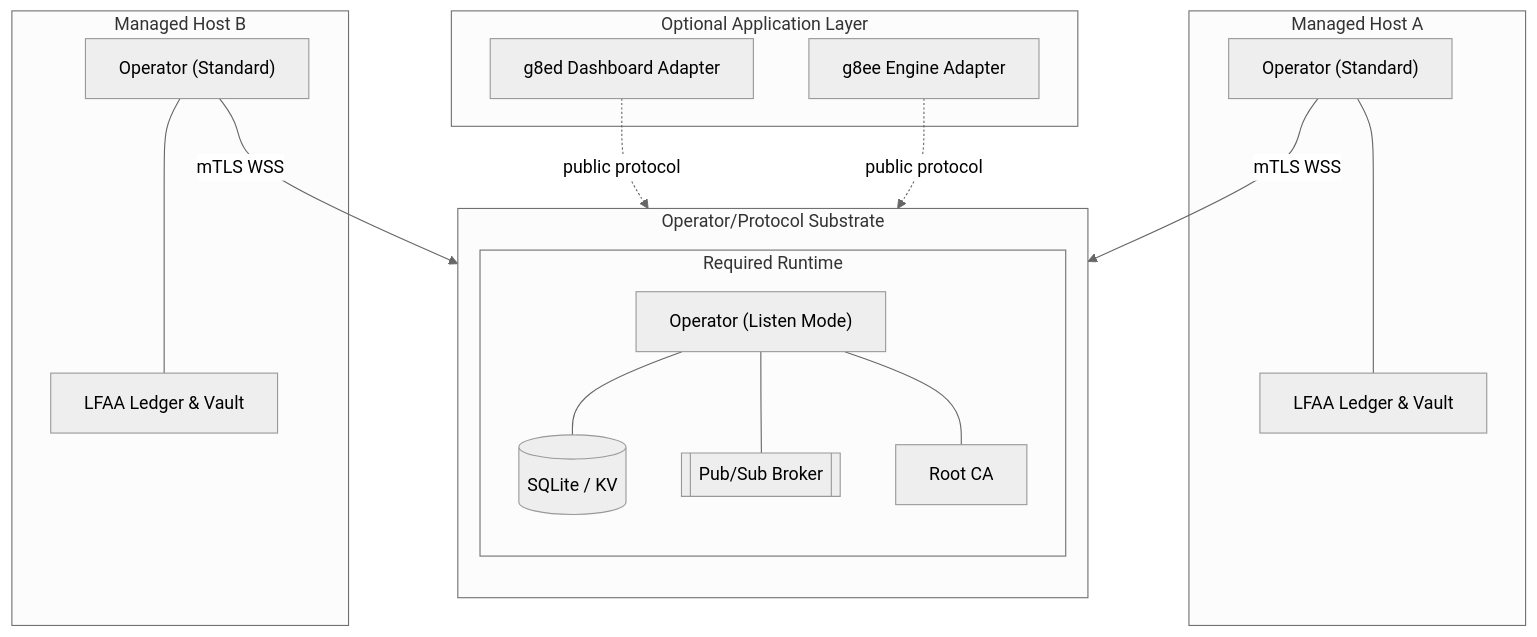
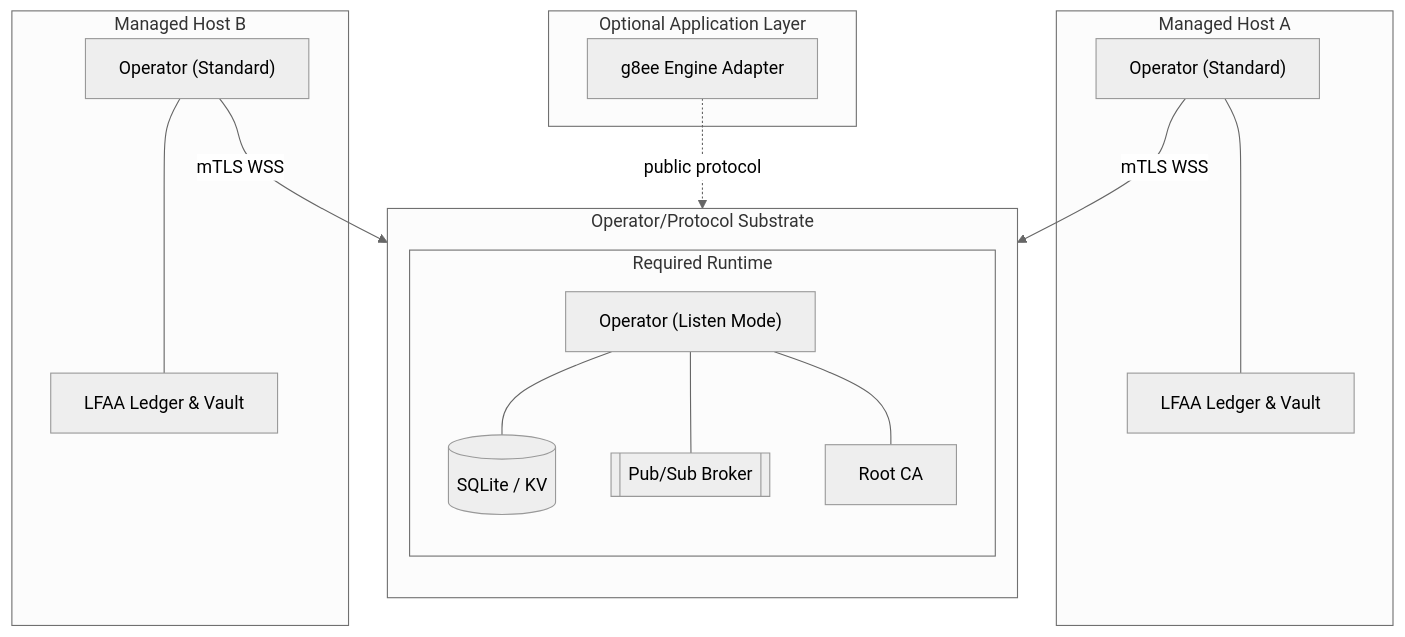
The diagram in docs/architecture/operator.md (g8e-ai/g8e), drawn with Mermaid (neutral theme) before and after one commit. The commit also changed other lines of this file and 1 other file, not shown here.

Commit message:
Remove g8ed references from operator.md and g8eo.md substrate documentation

````diff
--- a/docs/architecture/operator.md
+++ b/docs/architecture/operator.md
@@ -28,35 +28,33 @@
 ```mermaid
 flowchart TD
     subgraph Hub ["Operator/Protocol Substrate"]
         direction TB
         subgraph Persistence ["Required Runtime"]
             listen["Operator (Listen Mode)"]
             db[("SQLite / KV")]
             ps[["Pub/Sub Broker"]]
             ca["Root CA"]
             
             listen --- db
             listen --- ps
             listen --- ca
         end
     end
 
     subgraph Apps ["Optional Application Layer"]
-        g8ed["g8ed Dashboard Adapter"]
         g8ee["g8ee Engine Adapter"]
     end
 
-    g8ed -. "public protocol" .-> listen
     g8ee -. "public protocol" .-> listen
 
     subgraph EP_A ["Managed Host A"]
         OPA["Operator (Standard)"] --- LFAA_A["LFAA Ledger & Vault"]
     end
 
     subgraph EP_B ["Managed Host B"]
         OPB["Operator (Standard)"] --- LFAA_B["LFAA Ledger & Vault"]
     end
 
     OPA -- "mTLS WSS" --> listen
     OPB -- "mTLS WSS" --> listen
 ```
````
